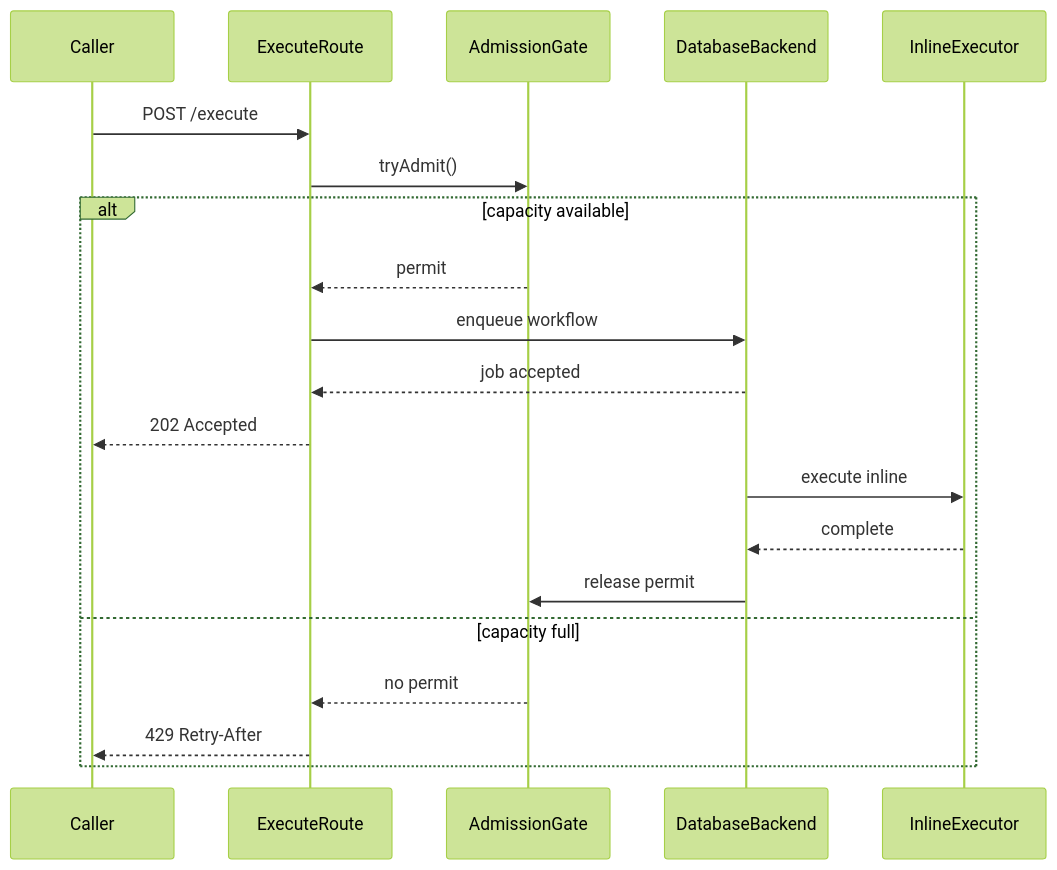
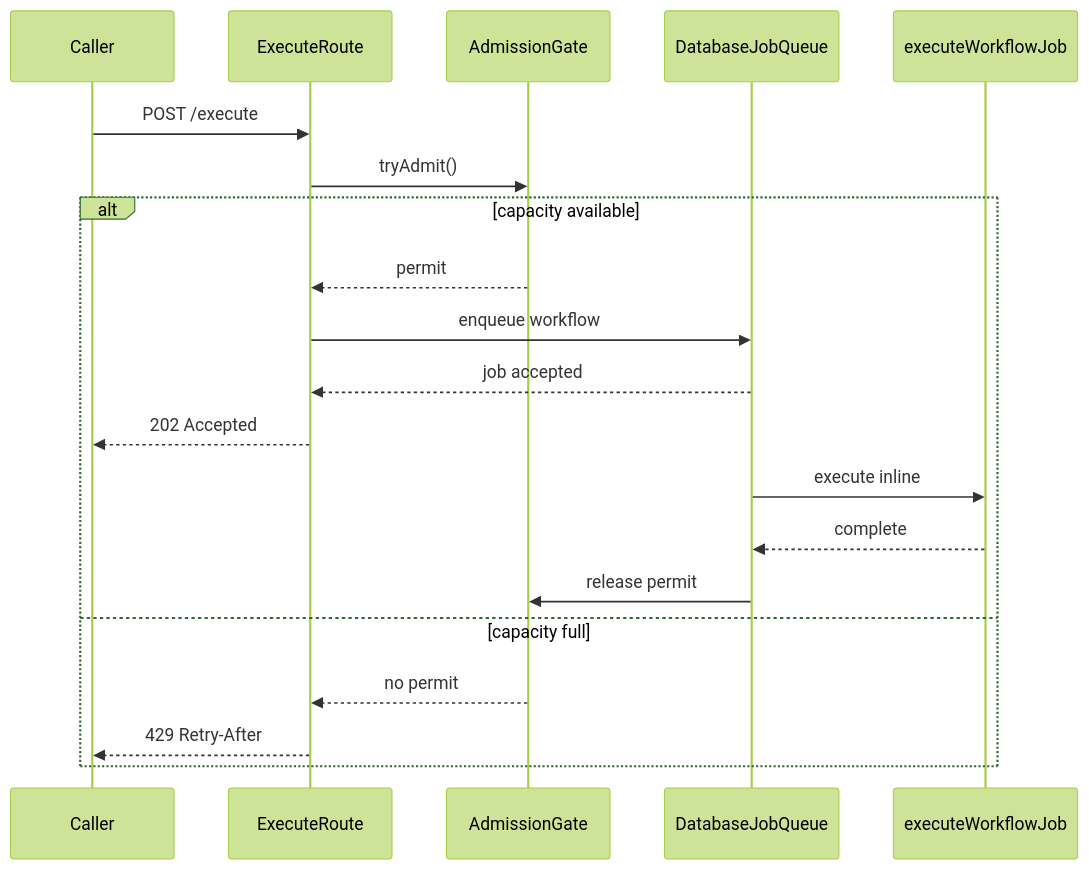
Before and after one commit to simstudioai/sim: the second of 2 diagrams in docs/workflow-throughput-one-pager.md, drawn with Mermaid (forest theme). The commit also changed other lines of this file, not shown here.

````diff
--- a/docs/workflow-throughput-one-pager.md
+++ b/docs/workflow-throughput-one-pager.md
@@ -46,23 +61,23 @@
 ```mermaid
 sequenceDiagram
     participant C as Caller
     participant R as ExecuteRoute
     participant G as AdmissionGate
-    participant Q as DatabaseBackend
-    participant E as InlineExecutor
+    participant Q as DatabaseJobQueue
+    participant E as executeWorkflowJob
 
     C->>R: POST /execute
     R->>G: tryAdmit()
     alt capacity available
         G-->>R: permit
         R->>Q: enqueue workflow
         Q-->>R: job accepted
         R-->>C: 202 Accepted
         Q->>E: execute inline
         E-->>Q: complete
         Q->>G: release permit
     else capacity full
         G-->>R: no permit
         R-->>C: 429 Retry-After
     end
 ```
````
